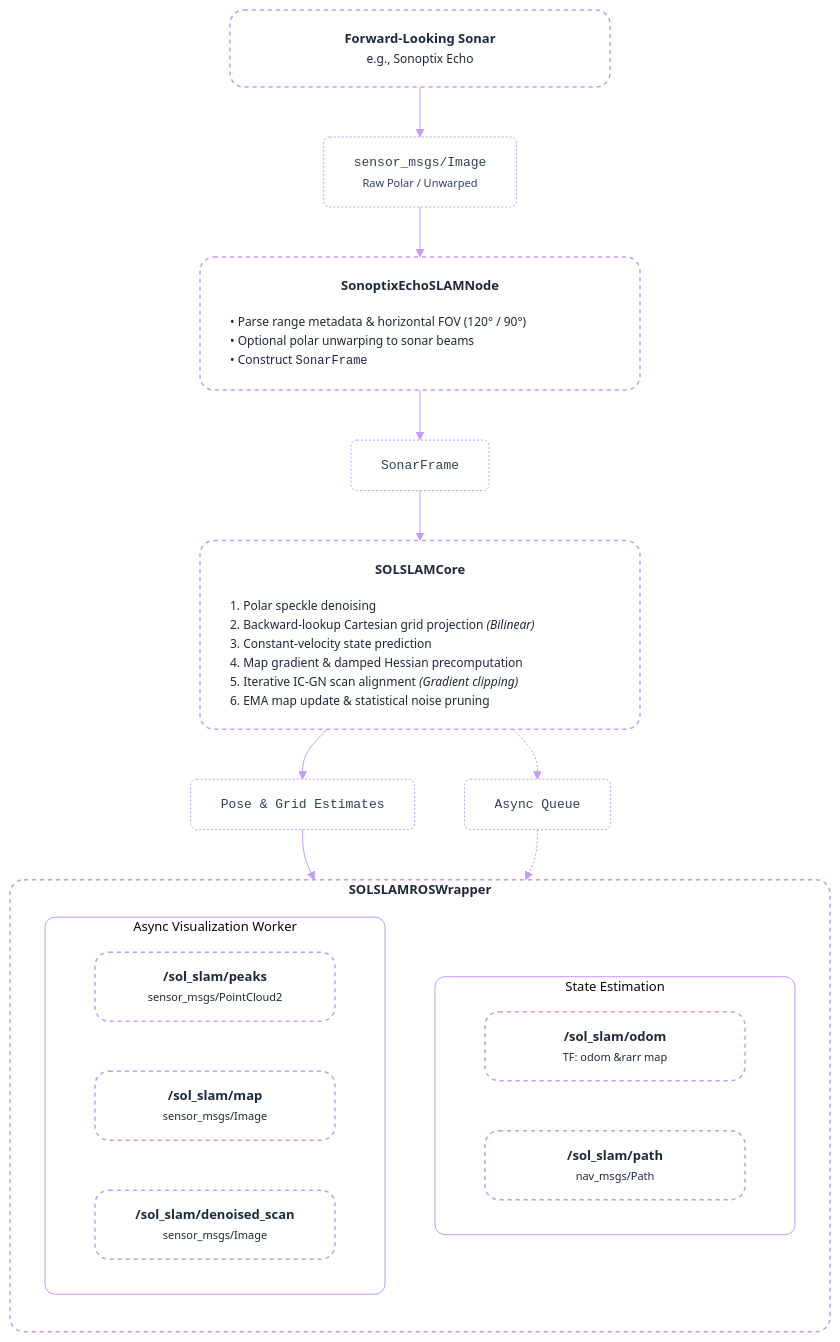
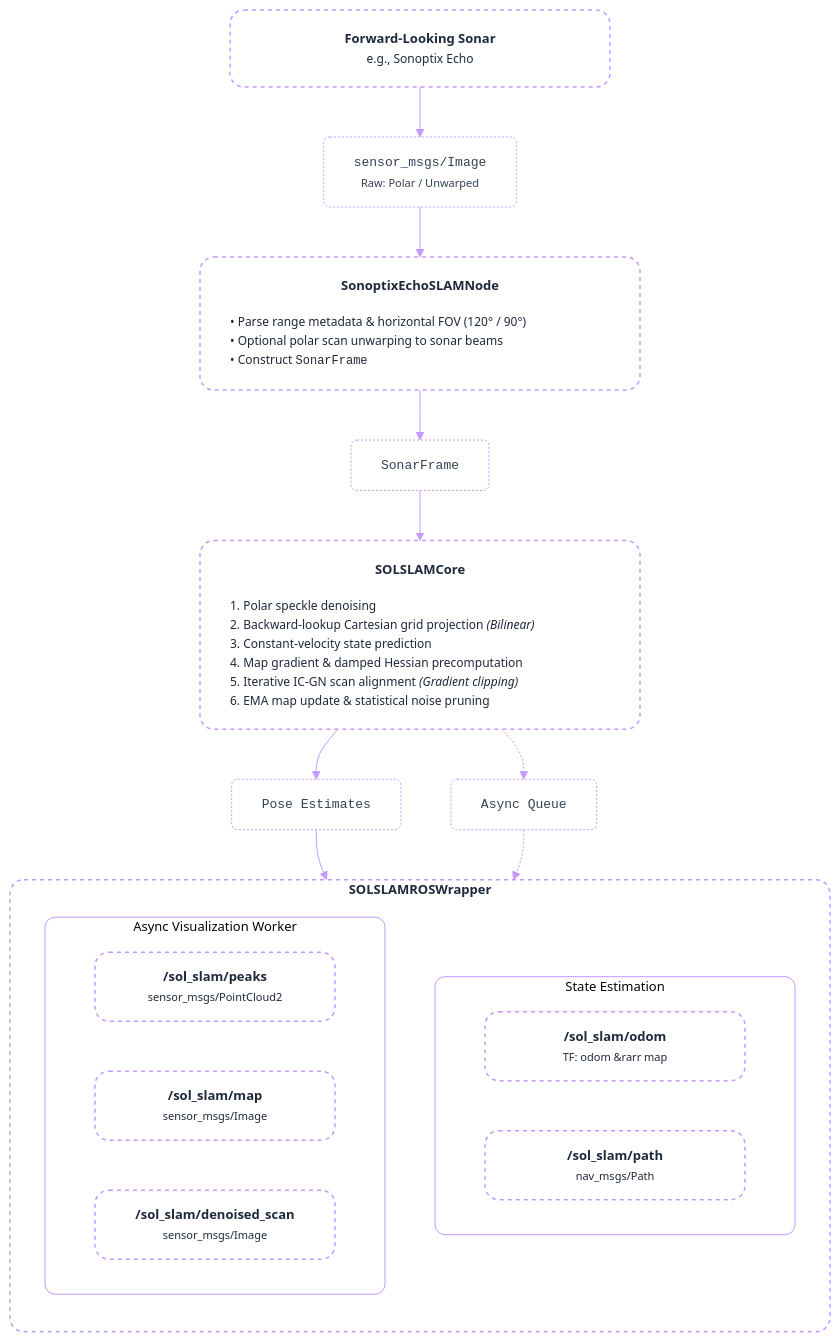
Before and after one commit to itskalvik/sol_slam: the diagram in README.md, drawn with Mermaid.

Commit message:
Update README with corrected sonar node descriptions

````diff
--- a/README.md
+++ b/README.md
@@ -27,60 +27,60 @@
 ```mermaid
 
 %%{init: {
   'theme': 'base',
   'themeVariables': {
     'fontFamily': 'Inter, system-ui, -apple-system, sans-serif',
     'fontSize': '13px',
     'lineColor': '#C599FF',
     'textColor': '#1E293B',
     'edgeLabelBackground': '#FFFFFF10'
   }
 }}%%
 
 flowchart TD
     %% Nodes styled as the original translucent dashed containers
     DEV["<div style='min-width:320px;padding:4px 0;'><b>Forward-Looking Sonar</b><br/><span style='font-size:12px;color:#64748B;'>e.g., Sonoptix Echo</span></div>"]
     
-    NODE["<div style='min-width:380px;padding:4px 0;'><b>SonoptixEchoSLAMNode</b><hr style='border:0;border-top:1px solid #C599FF44;margin:8px 0;'/><div align='left' style='font-size:12px;line-height:1.6;'>• Parse range metadata & horizontal FOV (120° / 90°)<br/>• Optional polar unwarping to sonar beams<br/>• Construct <code>SonarFrame</code></div></div>"]
+    NODE["<div style='min-width:380px;padding:4px 0;'><b>SonoptixEchoSLAMNode</b><hr style='border:0;border-top:1px solid #C599FF44;margin:8px 0;'/><div align='left' style='font-size:12px;line-height:1.6;'>• Parse range metadata & horizontal FOV (120° / 90°)<br/>• Optional polar scan unwarping to sonar beams<br/>• Construct <code>SonarFrame</code></div></div>"]
     
     ALGO["<div style='min-width:380px;padding:4px 0;'><b>SOLSLAMCore</b><hr style='border:0;border-top:1px solid #C599FF44;margin:8px 0;'/><div align='left' style='font-size:12px;line-height:1.6;'>1. Polar speckle denoising<br/>2. Backward-lookup Cartesian grid projection <i>(Bilinear)</i><br/>3. Constant-velocity state prediction<br/>4. Map gradient & damped Hessian precomputation<br/>5. Iterative IC-GN scan alignment <i>(Gradient clipping)</i><br/>6. EMA map update & statistical noise pruning</div></div>"]
 
     subgraph WRAPPER["&nbsp;&nbsp;&nbsp;&nbsp;<b>SOLSLAMROSWrapper</b>&nbsp;&nbsp;&nbsp;&nbsp;"]
         direction TB
 
         subgraph STATE["State Estimation"]
             direction LR
             ODOM["<div style='min-width:200px;'><b>/sol_slam/odom</b><br/><span style='font-size:11px;color:#64748B;'>TF: odom &rarr; map</span></div>"]
             PATH["<div style='min-width:200px;'><b>/sol_slam/path</b><br/><span style='font-size:11px;color:#64748B;'>nav_msgs/Path</span></div>"]
         end
 
         subgraph VIZ["Async Visualization Worker"]
             direction LR
             PEAKS["<div style='min-width:180px;'><b>/sol_slam/peaks</b><br/><span style='font-size:11px;color:#64748B;'>sensor_msgs/PointCloud2</span></div>"]
             MAP["<div style='min-width:180px;'><b>/sol_slam/map</b><br/><span style='font-size:11px;color:#64748B;'>sensor_msgs/Image</span></div>"]
             SCAN["<div style='min-width:180px;'><b>/sol_slam/denoised_scan</b><br/><span style='font-size:11px;color:#64748B;'>sensor_msgs/Image</span></div>"]
         end
     end
 
     %% Edge Labels styled as intermediate message badges
-    L_IMG["<code>sensor_msgs/Image</code><br/><span style='font-size:11px;color:#64748B;'>Raw Polar / Unwarped</span>"]
+    L_IMG["<code>sensor_msgs/Image</code><br/><span style='font-size:11px;color:#64748B;'>Raw: Polar / Unwarped</span>"]
     L_FRAME["<code>SonarFrame</code>"]
-    L_EST["<code>Pose & Grid Estimates</code>"]
+    L_EST["<code>Pose Estimates</code>"]
     L_ASYNC["<code>Async Queue</code>"]
 
     %% Pipeline Connections via Message Blocks
     DEV --> L_IMG --> NODE
     NODE --> L_FRAME --> ALGO
     ALGO --> L_EST --> STATE
     ALGO -.-> L_ASYNC -.-> VIZ
 
     %% Original translucent dashed wrapper aesthetic applied across nodes
     classDef dashedContainer fill:#FFFFFF10,stroke:#C599FF,stroke-width:1.5px,stroke-dasharray:4 4,rx:14px,color:#1E293B;
     classDef msgBadge fill:#FFFFFF10,stroke:#C599FF,stroke-width:1px,stroke-dasharray:2 2,rx:6px,color:#334155;
     classDef subContainer fill:#FFFFFF08,stroke:#C599FF,stroke-width:1px,rx:10px;
 
     %% Class Assignments
     class DEV,NODE,ALGO,ODOM,PATH,PEAKS,MAP,SCAN,WRAPPER dashedContainer;
     class L_IMG,L_FRAME,L_EST,L_ASYNC msgBadge;
     class STATE,VIZ subContainer;
 ```
````
